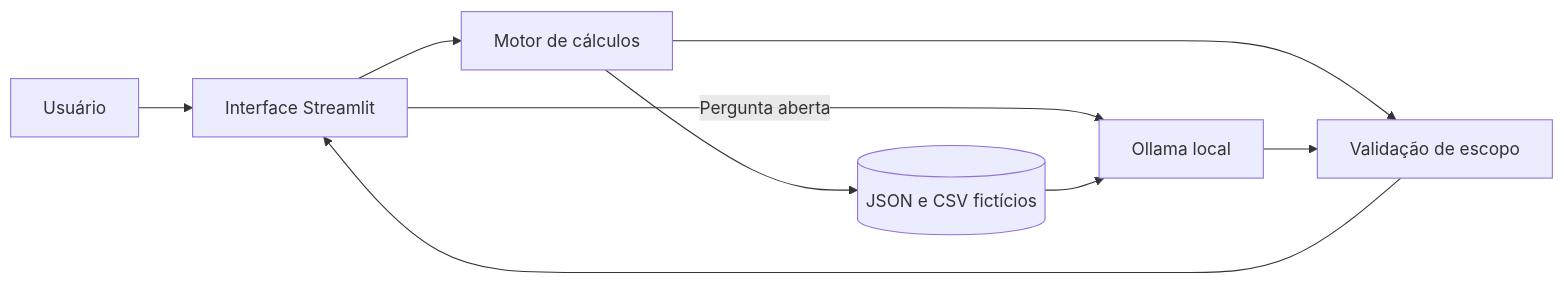
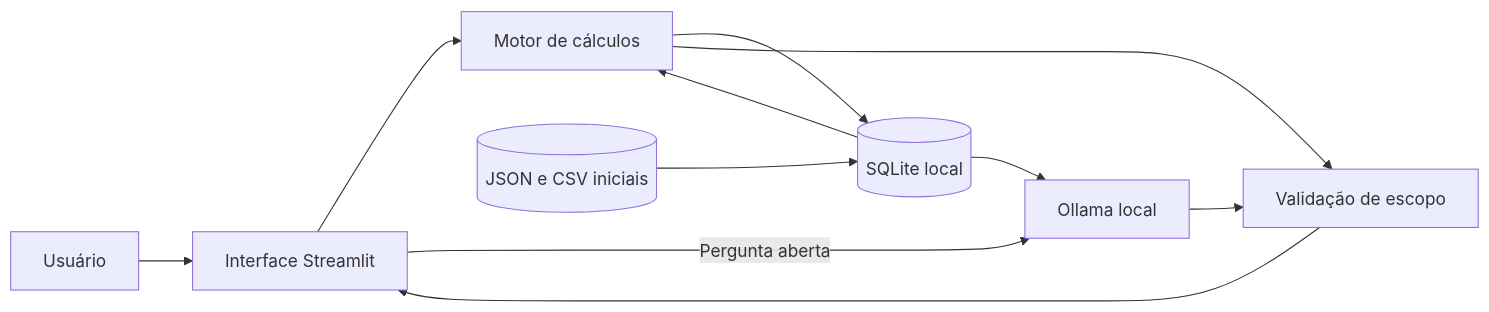
Before and after one commit to soncine/mcduck-ai: the diagram in README.md, drawn with Mermaid. The commit also changed other lines of this file and 13 other files, not shown here.

```diff
--- a/README.md
+++ b/README.md
@@ -39,11 +42,13 @@
 ~~~mermaid
 flowchart LR
     U[Usuário] --> UI[Interface Streamlit]
     UI --> CE[Motor de cálculos]
-    CE --> KB[(JSON e CSV fictícios)]
+    CE --> DB[(SQLite local)]
+    KB[(JSON e CSV iniciais)] --> DB
+    DB --> CE
     CE --> V[Validação de escopo]
     V --> UI
     UI -->|Pergunta aberta| LLM[Ollama local]
-    KB --> LLM
+    DB --> LLM
     LLM --> V
 ~~~
```
